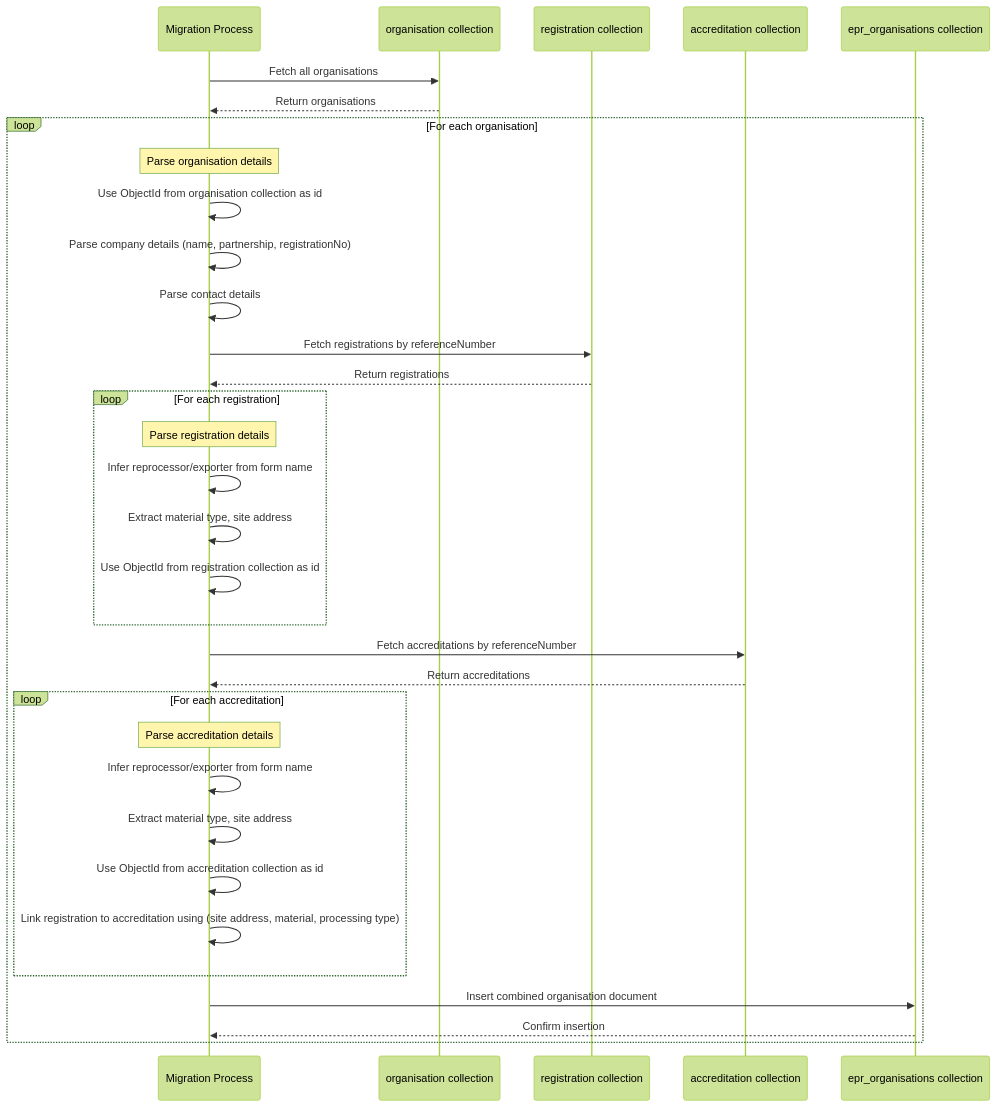
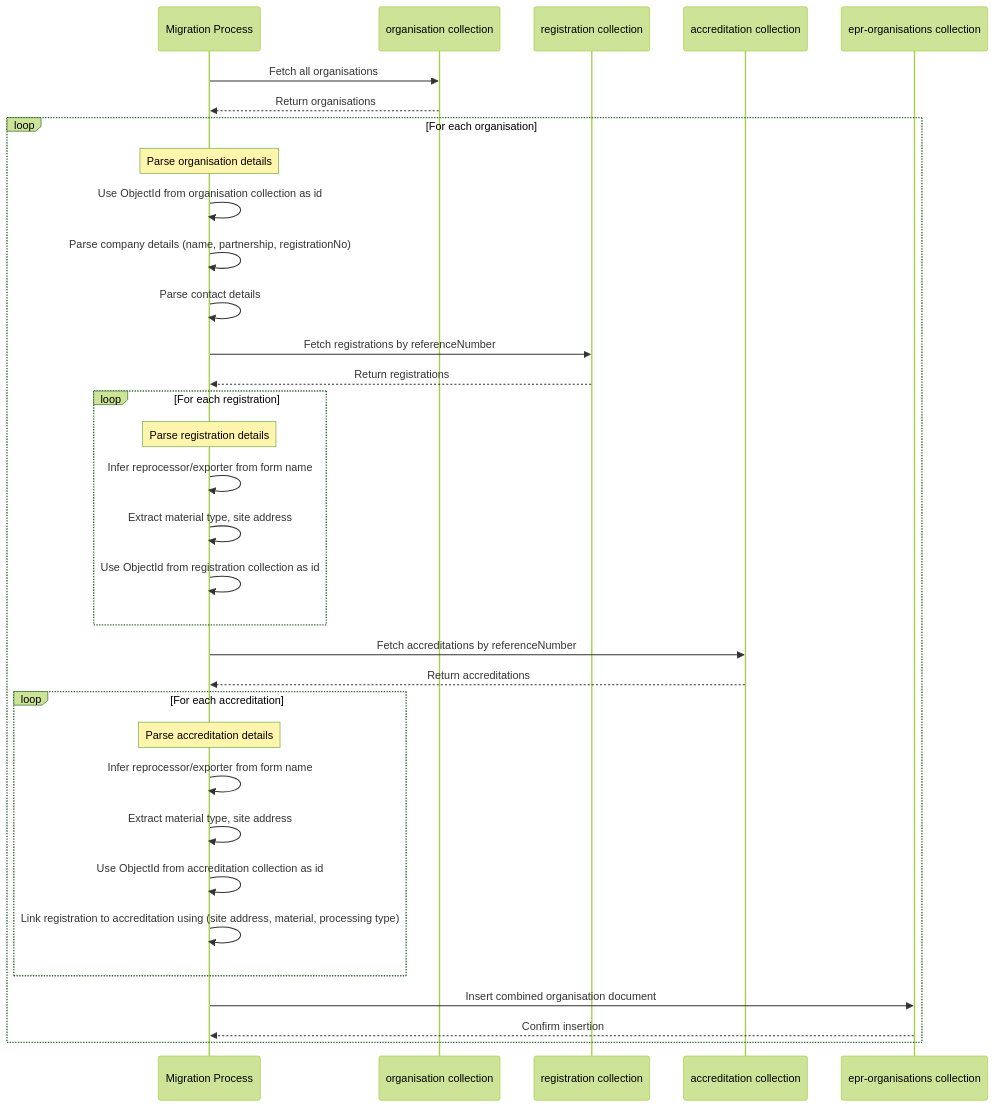
The second of 2 diagrams in docs/architecture/discovery/forms-data-logical-data-model.md (DEFRA/epr-backend), drawn with Mermaid (forest theme) before and after one commit. The commit also changed other lines of this file and 22 other files, not shown here.

Commit message:
PAE-268: epr-organisations schema and repository implementation (#215)

````diff
--- a/docs/architecture/discovery/forms-data-logical-data-model.md
+++ b/docs/architecture/discovery/forms-data-logical-data-model.md
@@ -598,43 +608,43 @@
 ```mermaid
 sequenceDiagram
     participant MP as Migration Process
     participant OC as organisation collection
     participant RC as registration collection
     participant AC as accreditation collection
-    participant EC as epr_organisations collection
+    participant EC as epr-organisations collection
 
     MP->>OC: Fetch all organisations
     OC-->>MP: Return organisations
 
     loop For each organisation
         Note over MP: Parse organisation details
         MP->>MP: Use ObjectId from organisation collection as id
         MP->>MP: Parse company details (name, partnership, registrationNo)
         MP->>MP: Parse contact details
 
         MP->>RC: Fetch registrations by referenceNumber
         RC-->>MP: Return registrations
 
         loop For each registration
             Note over MP: Parse registration details
             MP->>MP: Infer reprocessor/exporter from form name
             MP->>MP: Extract material type, site address
             MP->>MP: Use ObjectId from registration collection as id
 
         end
 
         MP->>AC: Fetch accreditations by referenceNumber
         AC-->>MP: Return accreditations
 
         loop For each accreditation
             Note over MP: Parse accreditation details
             MP->>MP: Infer reprocessor/exporter from form name
             MP->>MP: Extract material type, site address
             MP->>MP: Use ObjectId from accreditation collection as id
             MP->>MP: Link registration to accreditation using (site address, material, processing type)
         end
 
         MP->>EC: Insert combined organisation document
         EC-->>MP: Confirm insertion
     end
 ```
````
